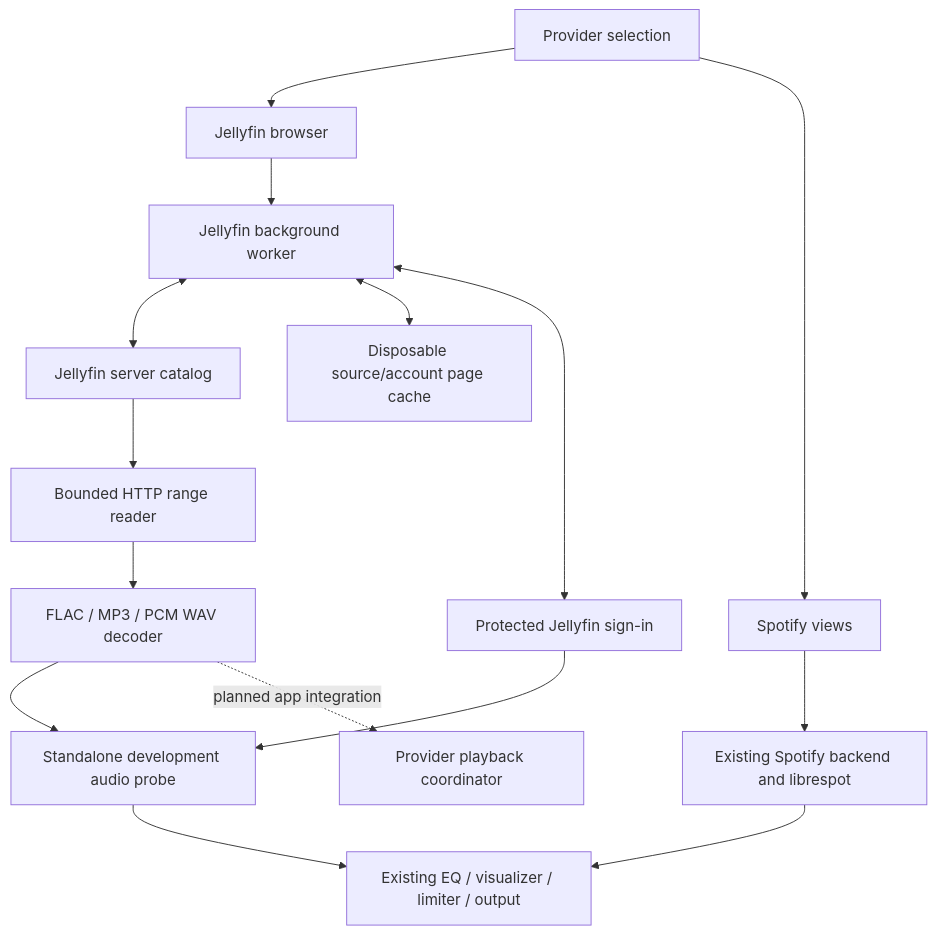
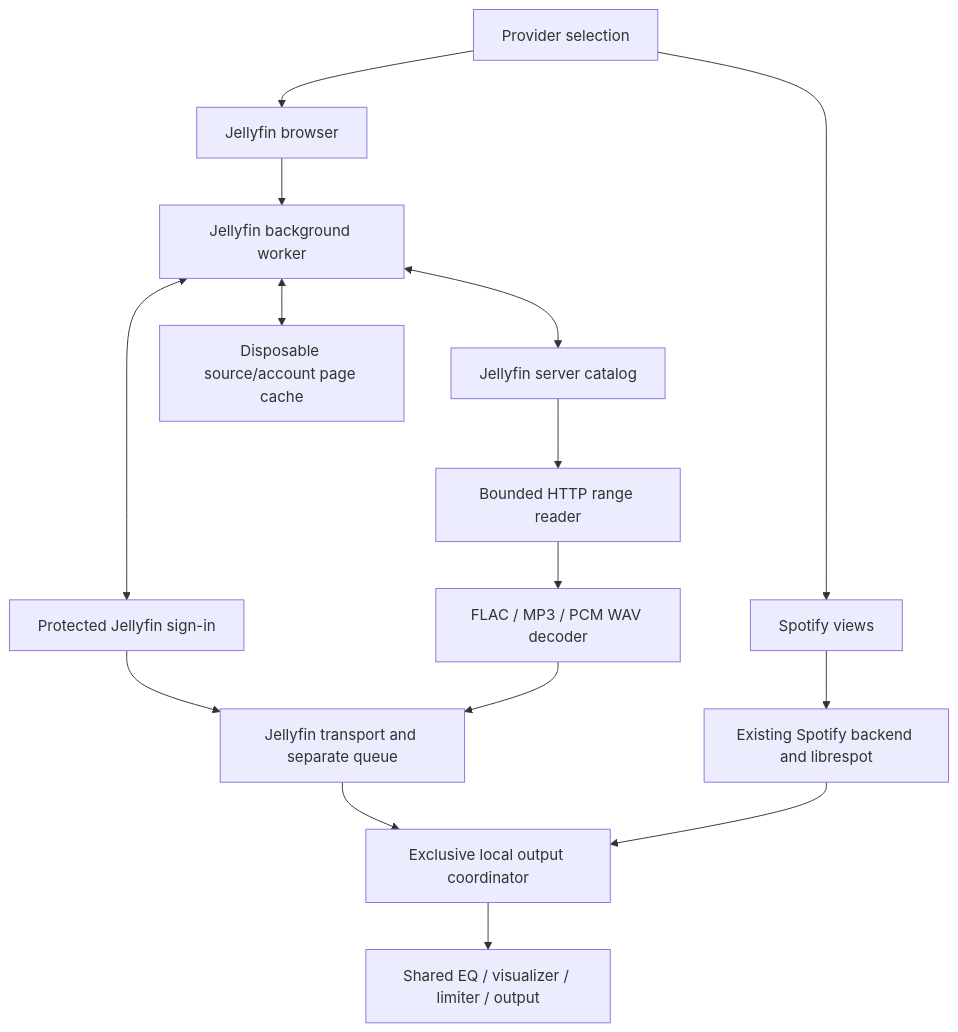
One commit to elav000/spotifast changed the diagram in docs/_reference/jellyfin-fork.md. Above: the diagram before and after it, drawn with Mermaid. The commit also changed other lines of this file and 14 other files, not shown here.

Commit message:
Integrate Jellyfin playback with shared controls and a separate queue

````diff
--- a/docs/_reference/jellyfin-fork.md
+++ b/docs/_reference/jellyfin-fork.md
@@ -188,17 +194,17 @@
 ```mermaid
 flowchart TD
     Providers[Provider selection] --> JB[Jellyfin browser]
     Providers --> SB[Spotify views]
     JB --> JW[Jellyfin background worker]
     JW <--> JS[Jellyfin server catalog]
     JW <--> Cache[Disposable source/account page cache]
     JW <--> Keys[Protected Jellyfin sign-in]
     SB --> Spotify[Existing Spotify backend and librespot]
-    Keys --> Probe[Standalone development audio probe]
+    Keys --> Transport[Jellyfin transport and separate queue]
     JS --> Range[Bounded HTTP range reader]
     Range --> Decoder[FLAC / MP3 / PCM WAV decoder]
-    Decoder --> Probe
-    Probe --> DSP[Existing EQ / visualizer / limiter / output]
-    Spotify --> DSP
-    Decoder -. planned app integration .-> Owner[Provider playback coordinator]
+    Decoder --> Transport
+    Transport --> Owner[Exclusive local output coordinator]
+    Spotify --> Owner
+    Owner --> DSP[Shared EQ / visualizer / limiter / output]
 ```
````
